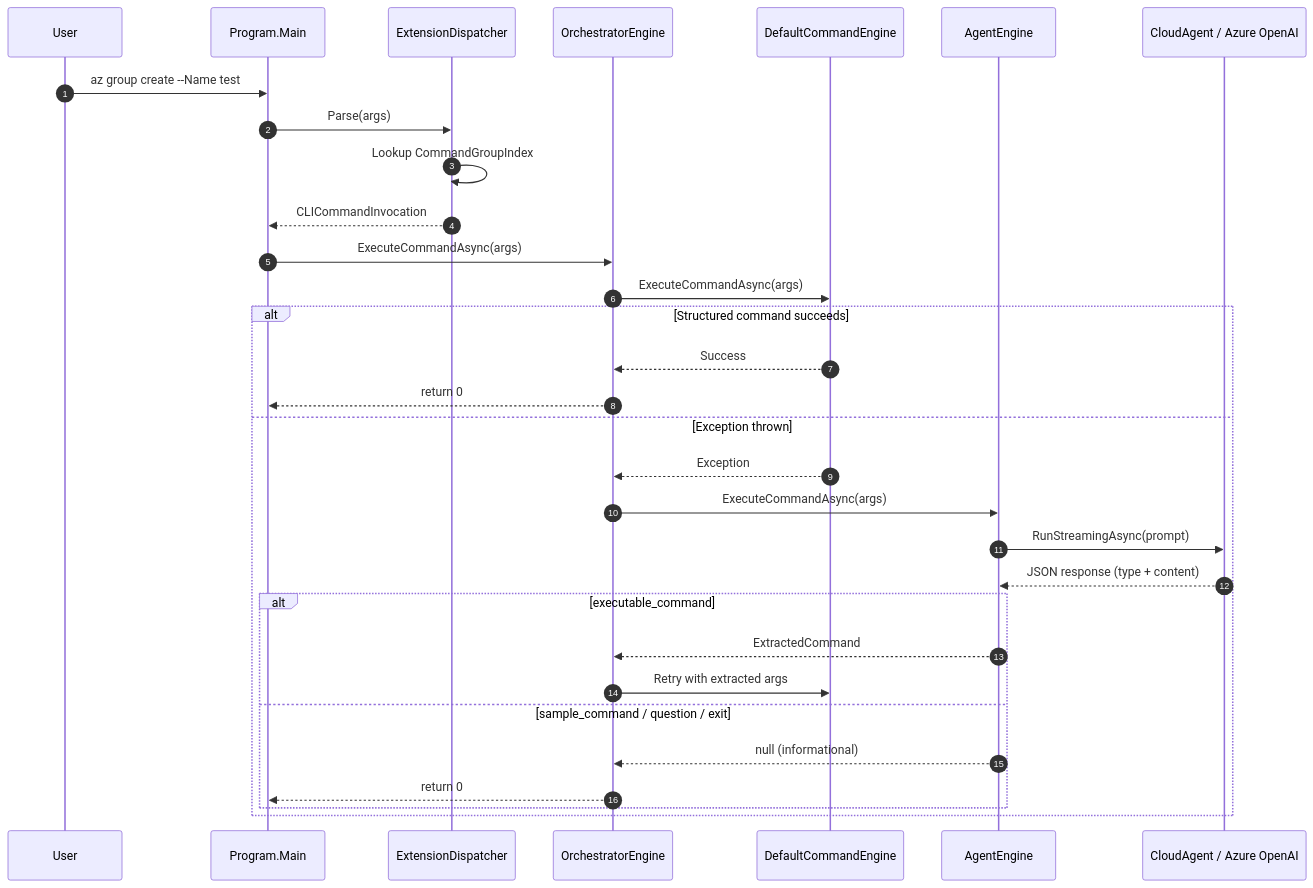
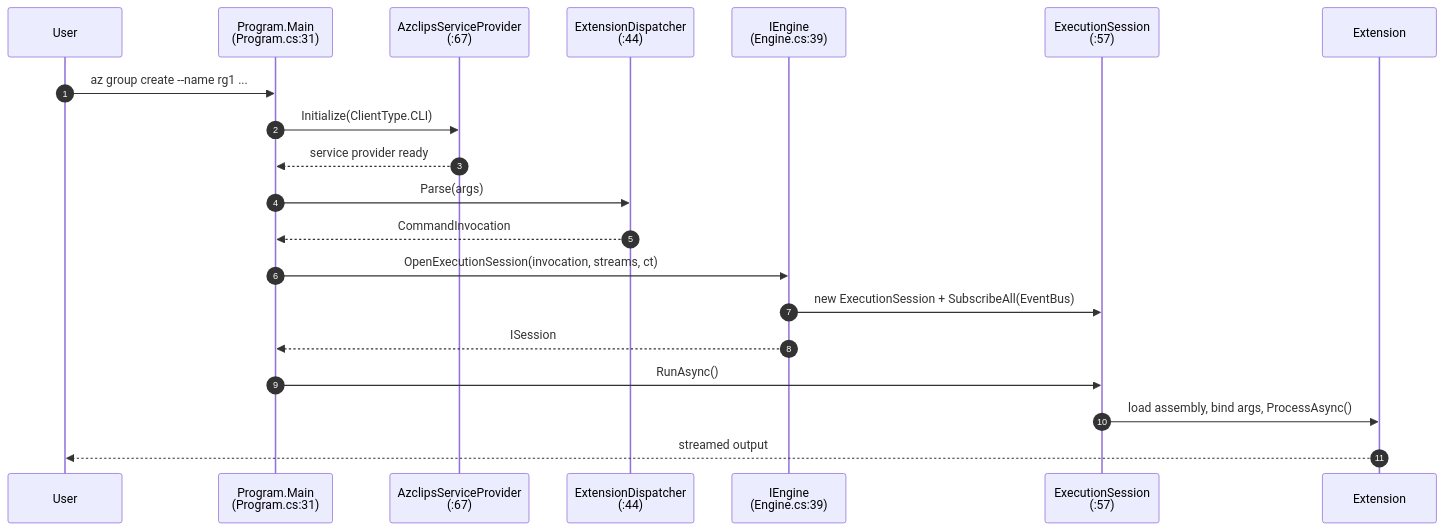
Before and after one commit to Azure/azclips: the second of 3 diagrams in wiki/01-getting-started/overview.md, drawn with Mermaid. The commit also changed other lines of this file and 20 other files, not shown here.

````diff
--- a/wiki/01-getting-started/overview.md
+++ b/wiki/01-getting-started/overview.md
@@ -186,34 +84,23 @@
 ```mermaid
 sequenceDiagram
     autonumber
     participant User
-    participant Program as Program.Main
-    participant Dispatcher as ExtensionDispatcher
-    participant Orchestrator as OrchestratorEngine
-    participant Default as DefaultCommandEngine
-    participant Agent as AgentEngine
-    participant Cloud as CloudAgent / Azure OpenAI
+    participant Main as Program.Main<br>(Program.cs:31)
+    participant DI as AzclipsServiceProvider<br>(:67)
+    participant Disp as ExtensionDispatcher<br>(:44)
+    participant Eng as IEngine<br>(Engine.cs:39)
+    participant Sess as ExecutionSession<br>(:57)
+    participant Ext as Extension
 
-    User->>Program: az group create --Name test
-    Program->>Dispatcher: Parse(args)
-    Dispatcher->>Dispatcher: Lookup CommandGroupIndex
-    Dispatcher-->>Program: CLICommandInvocation
-    Program->>Orchestrator: ExecuteCommandAsync(args)
-    Orchestrator->>Default: ExecuteCommandAsync(args)
-    alt Structured command succeeds
-        Default-->>Orchestrator: Success
-        Orchestrator-->>Program: return 0
-    else Exception thrown
-        Default-->>Orchestrator: Exception
-        Orchestrator->>Agent: ExecuteCommandAsync(args)
-        Agent->>Cloud: RunStreamingAsync(prompt)
-        Cloud-->>Agent: JSON response (type + content)
-        alt executable_command
-            Agent-->>Orchestrator: ExtractedCommand
-            Orchestrator->>Default: Retry with extracted args
-        else sample_command / question / exit
-            Agent-->>Orchestrator: null (informational)
-            Orchestrator-->>Program: return 0
-        end
-    end
+    User->>Main: az group create --name rg1 ...
+    Main->>DI: Initialize(ClientType.CLI)
+    DI-->>Main: service provider ready
+    Main->>Disp: Parse(args)
+    Disp-->>Main: CommandInvocation
+    Main->>Eng: OpenExecutionSession(invocation, streams, ct)
+    Eng->>Sess: new ExecutionSession + SubscribeAll(EventBus)
+    Eng-->>Main: ISession
+    Main->>Sess: RunAsync()
+    Sess->>Ext: load assembly, bind args, ProcessAsync()
+    Ext-->>User: streamed output
 ```
````
